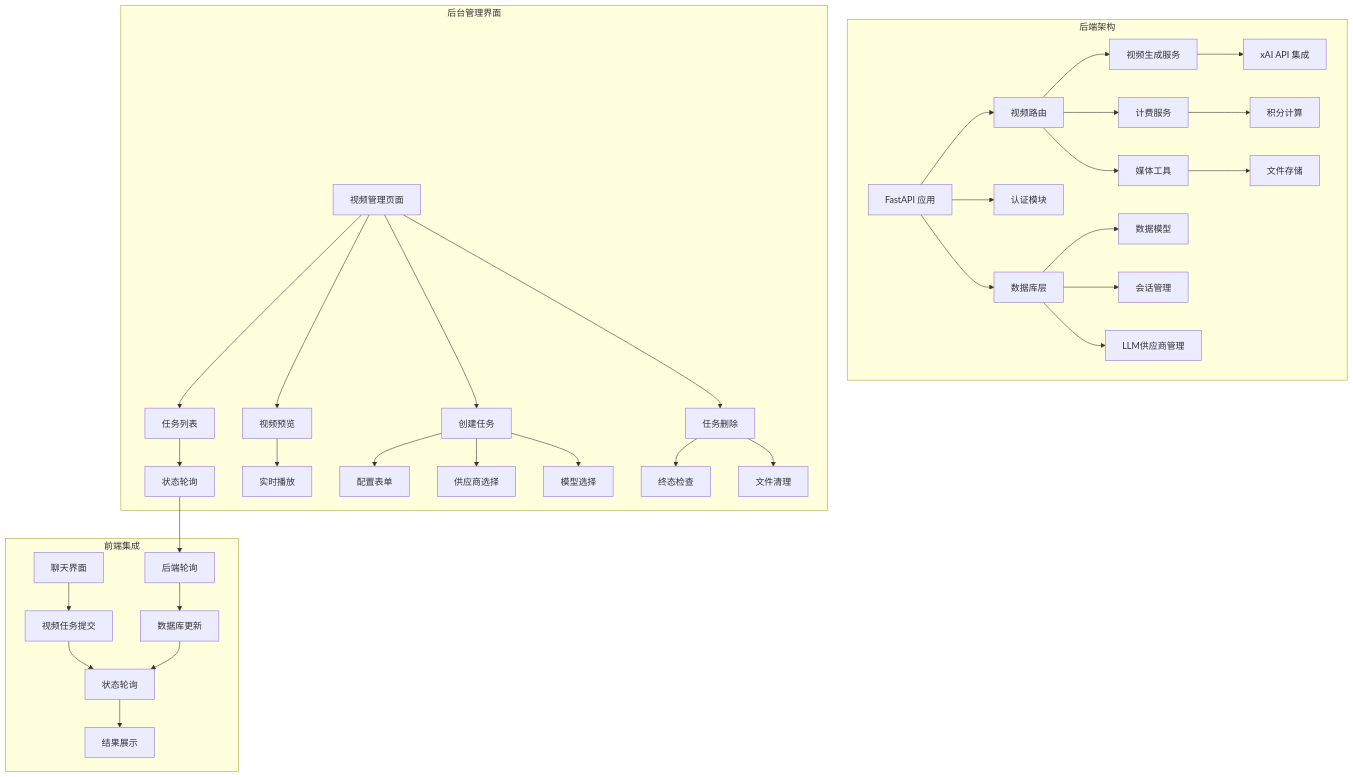
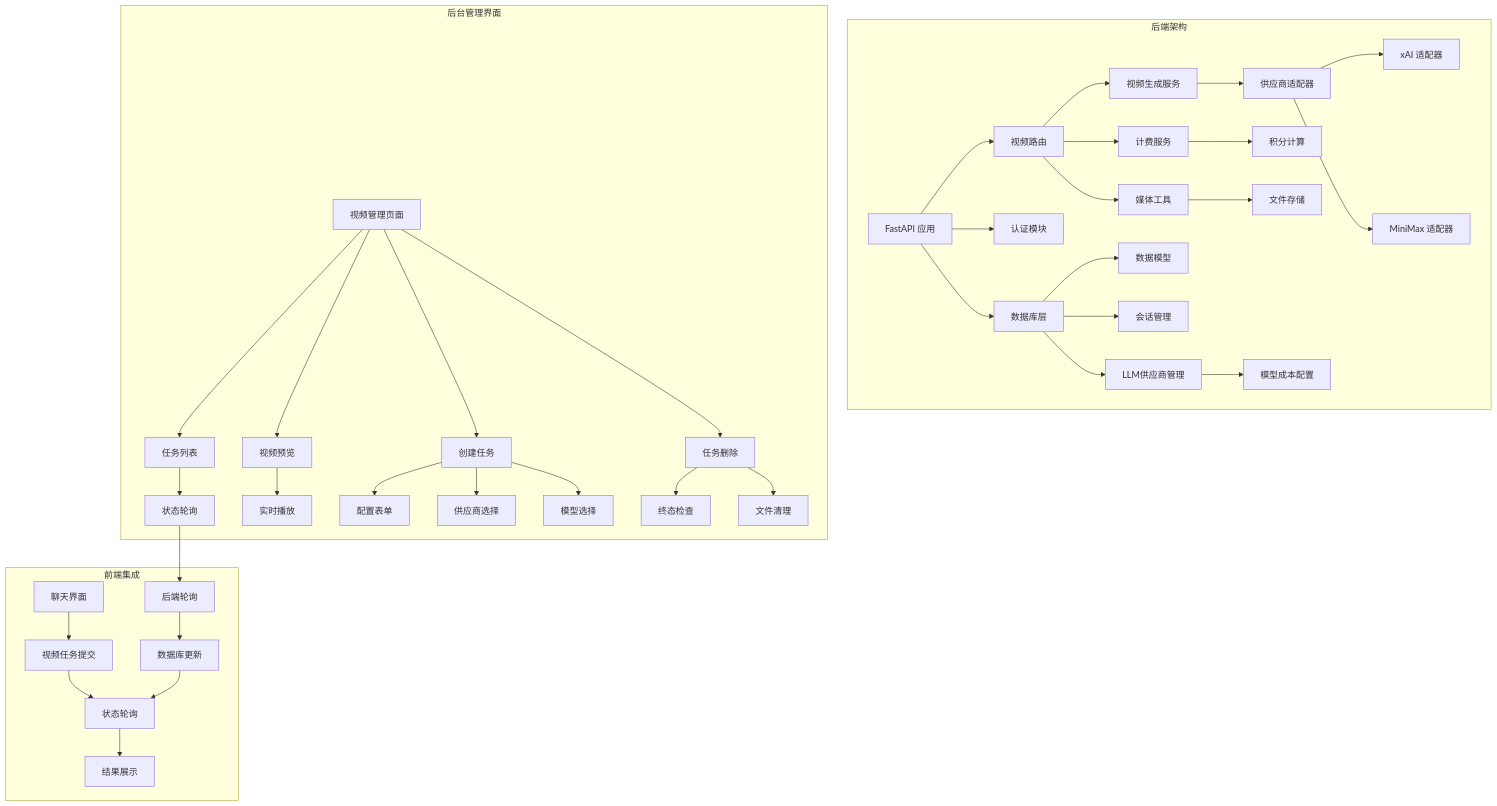
Before and after one commit to KunLabAI/KunFlix: the first of 12 diagrams in .qoder/repowiki/zh/content/API接口文档/视频生成API文档.md, drawn with Mermaid. The commit also changed other lines of this file and 10 other files, not shown here.

````diff
--- a/.qoder/repowiki/zh/content/API接口文档/视频生成API文档.md
+++ b/.qoder/repowiki/zh/content/API接口文档/视频生成API文档.md
@@ -52,38 +58,41 @@
 ```mermaid
 graph TB
 subgraph "后端架构"
 A[FastAPI 应用] --> B[视频路由]
 A --> C[认证模块]
 A --> D[数据库层]
 B --> E[视频生成服务]
 B --> F[计费服务]
 B --> G[媒体工具]
-E --> H[xAI API 集成]
-F --> I[积分计算]
-G --> J[文件存储]
-D --> K[数据模型]
-D --> L[会话管理]
-D --> M[LLM供应商管理]
+E --> H[供应商适配器]
+H --> I[xAI 适配器]
+H --> J[MiniMax 适配器]
+F --> K[积分计算]
+G --> L[文件存储]
+D --> M[数据模型]
+D --> N[会话管理]
+D --> O[LLM供应商管理]
+O --> P[模型成本配置]
 end
 subgraph "后台管理界面"
-N[视频管理页面] --> O[任务列表]
-N --> P[视频预览]
-N --> Q[创建任务]
-O --> R[状态轮询]
-P --> S[实时播放]
-Q --> T[配置表单]
-Q --> U[供应商选择]
-Q --> V[模型选择]
-N --> W[任务删除]
-W --> X[终态检查]
-W --> Y[文件清理]
+Q[视频管理页面] --> R[任务列表]
+Q --> S[视频预览]
+Q --> T[创建任务]
+R --> U[状态轮询]
+S --> V[实时播放]
+T --> W[配置表单]
+T --> X[供应商选择]
+T --> Y[模型选择]
+Q --> Z[任务删除]
+Z --> AA[终态检查]
+Z --> BB[文件清理]
 end
 subgraph "前端集成"
-Z[聊天界面] --> AA[视频任务提交]
-AA --> AB[状态轮询]
-AB --> AC[结果展示]
-R --> AD[后端轮询]
-AD --> AE[数据库更新]
-AE --> AB
+CC[聊天界面] --> DD[视频任务提交]
+DD --> EE[状态轮询]
+EE --> FF[结果展示]
+U --> GG[后端轮询]
+GG --> HH[数据库更新]
+HH --> EE
 end
 ```
````
